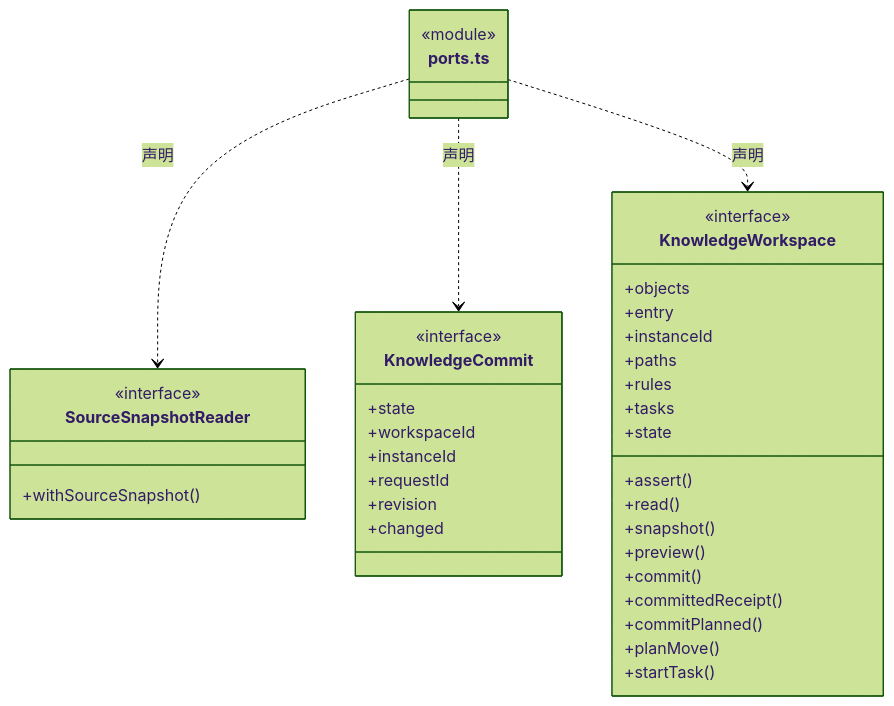
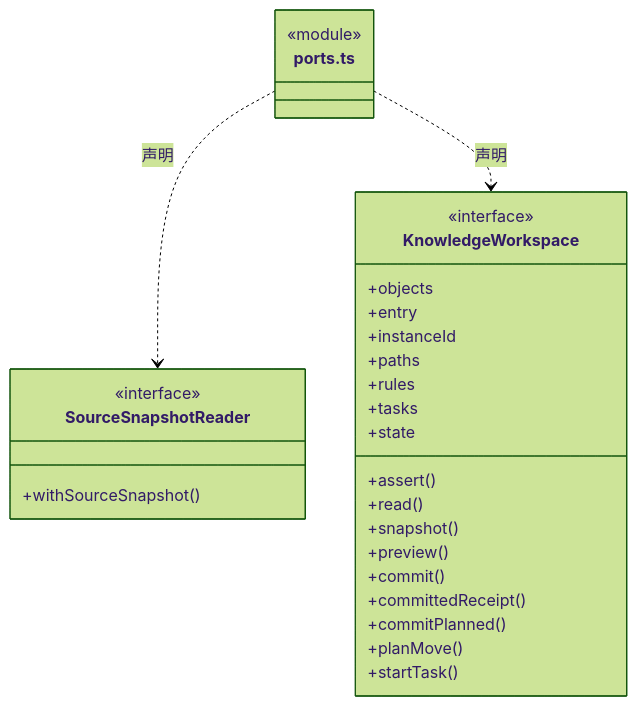
Diagram 18 of 36 in src/backend/core/knowledge/ARCHITECTURE.md (nan023062/cbim), drawn with Mermaid (forest theme) before and after one commit. The commit also changed other lines of this file and 356 other files, not shown here.

First line of the commit message:
chore: preserve architecture remediation before desktop 0.1.7 alignment

````diff
--- a/src/backend/core/knowledge/ARCHITECTURE.md
+++ b/src/backend/core/knowledge/ARCHITECTURE.md
@@ -345,41 +385,31 @@
 ```mermaid
 classDiagram
 class N_src_backend_core_knowledge_ports_ts["ports.ts"] {
   <<module>>
 }
 class N_src_backend_core_knowledge_ports_ts_SourceSnapshotReader["SourceSnapshotReader"] {
   <<interface>>
   +withSourceSnapshot()
 }
 N_src_backend_core_knowledge_ports_ts ..> N_src_backend_core_knowledge_ports_ts_SourceSnapshotReader : 声明
-class N_src_backend_core_knowledge_ports_ts_KnowledgeCommit["KnowledgeCommit"] {
-  <<interface>>
-  +state
-  +workspaceId
-  +instanceId
-  +requestId
-  +revision
-  +changed
-}
-N_src_backend_core_knowledge_ports_ts ..> N_src_backend_core_knowledge_ports_ts_KnowledgeCommit : 声明
 class N_src_backend_core_knowledge_ports_ts_KnowledgeWorkspace["KnowledgeWorkspace"] {
   <<interface>>
   +objects
   +entry
   +instanceId
   +paths
   +rules
   +tasks
   +state
   +assert()
   +read()
   +snapshot()
   +preview()
   +commit()
   +committedReceipt()
   +commitPlanned()
   +planMove()
   +startTask()
 }
 N_src_backend_core_knowledge_ports_ts ..> N_src_backend_core_knowledge_ports_ts_KnowledgeWorkspace : 声明
 ```
````
